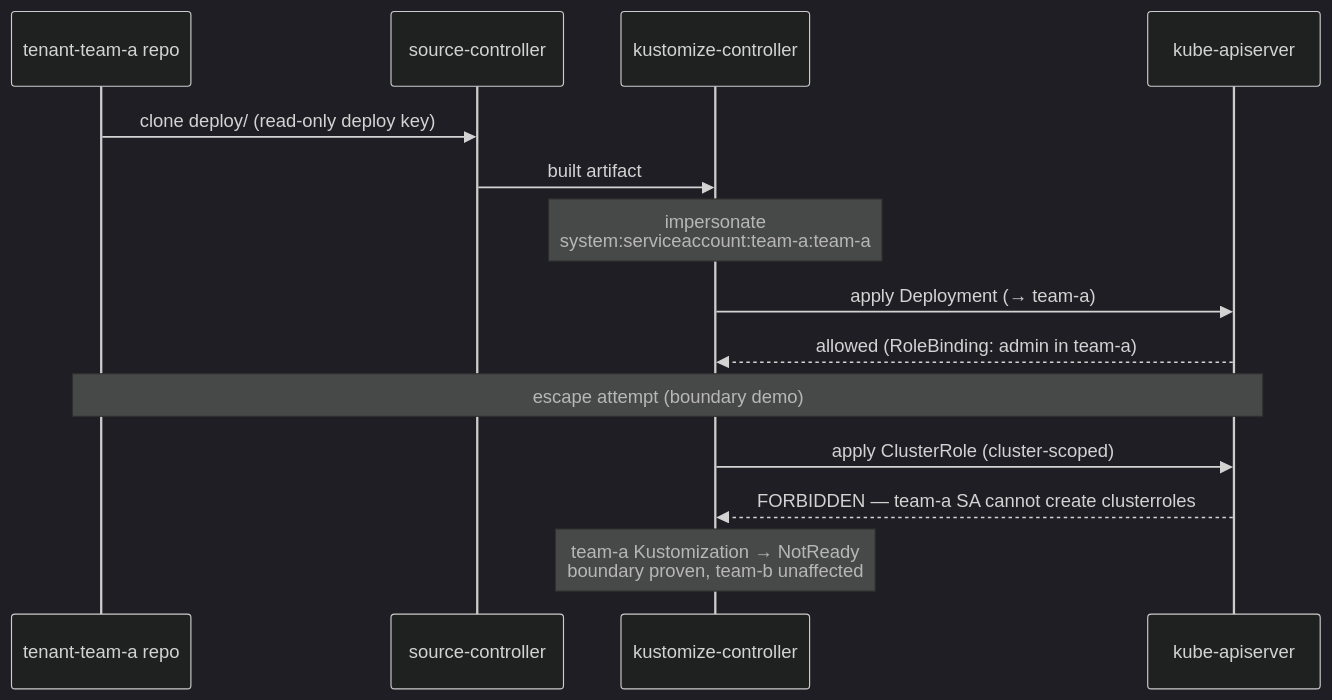
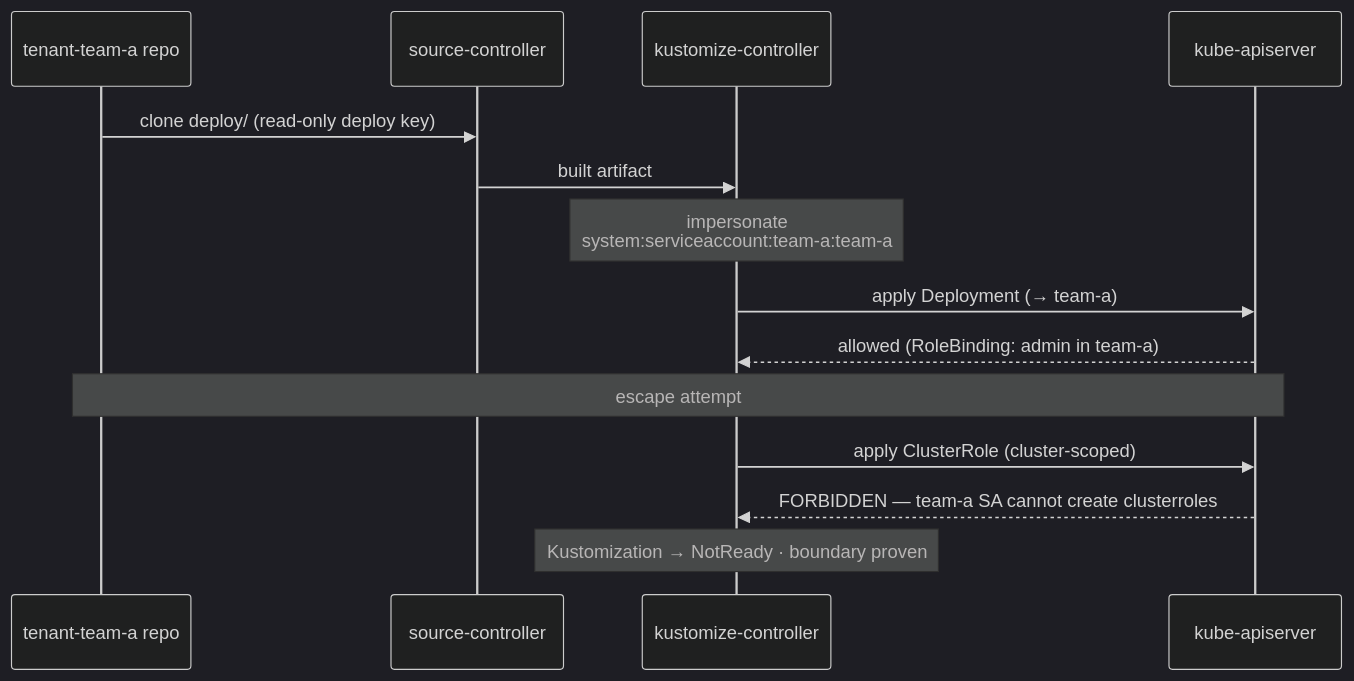
The fourth of 6 diagrams in docs/tenancy-architecture.md (slikk66/fleet-infra), drawn with Mermaid (dark theme) before and after one commit. The commit also changed other lines of this file and 2 other files, not shown here.

First line of the commit message:
docs: expand tenancy-architecture to all 3 boundaries + MIG; CHEATSHEET session 8

````diff
--- a/docs/tenancy-architecture.md
+++ b/docs/tenancy-architecture.md
@@ -95,17 +116,17 @@
 ```mermaid
 sequenceDiagram
   participant Repo as tenant-team-a repo
   participant SC as source-controller
   participant KC as kustomize-controller
   participant API as kube-apiserver
 
   Repo->>SC: clone deploy/ (read-only deploy key)
   SC->>KC: built artifact
   Note over KC: impersonate<br/>system:serviceaccount:team-a:team-a
   KC->>API: apply Deployment (→ team-a)
   API-->>KC: allowed (RoleBinding: admin in team-a)
-  Note over Repo,API: escape attempt (boundary demo)
+  Note over Repo,API: escape attempt
   KC->>API: apply ClusterRole (cluster-scoped)
   API-->>KC: FORBIDDEN — team-a SA cannot create clusterroles
-  Note over KC: team-a Kustomization → NotReady<br/>boundary proven, team-b unaffected
+  Note over KC: Kustomization → NotReady · boundary proven
 ```
````
